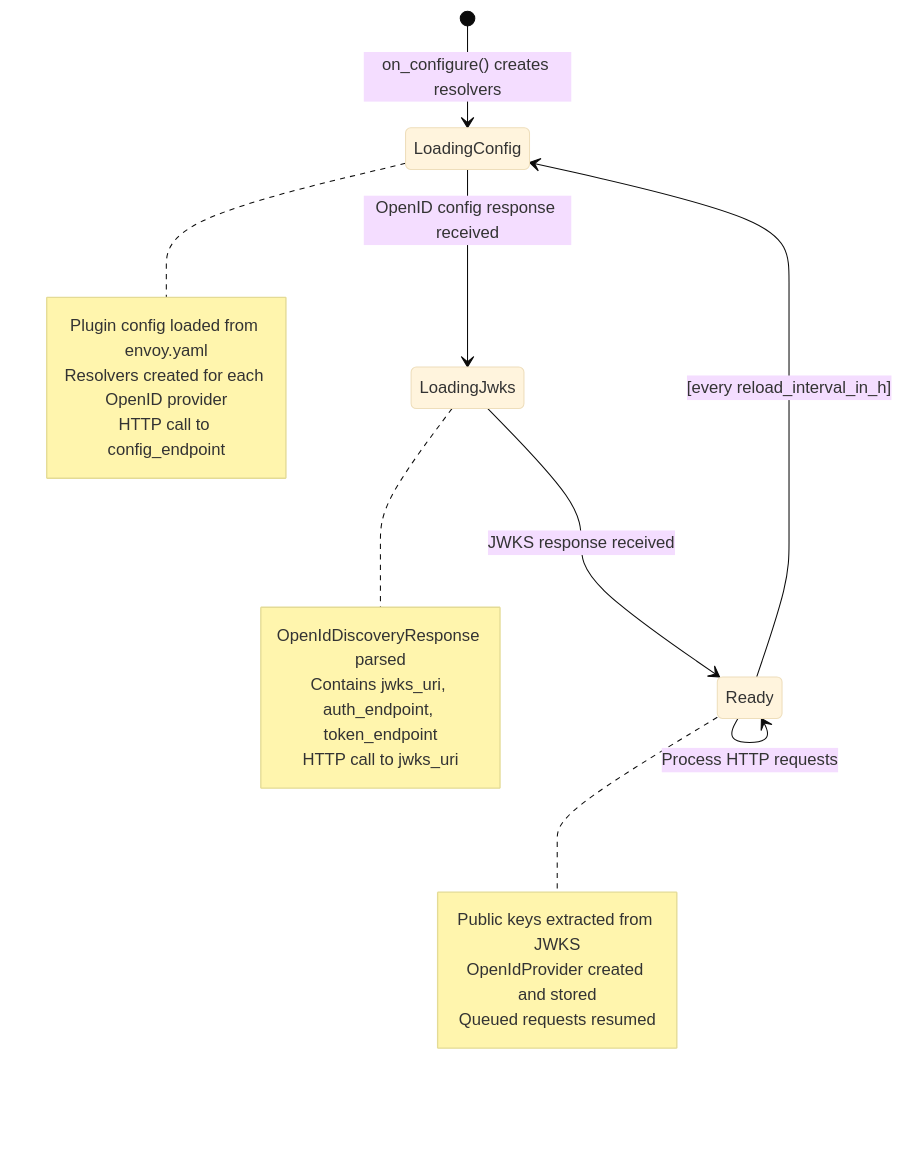
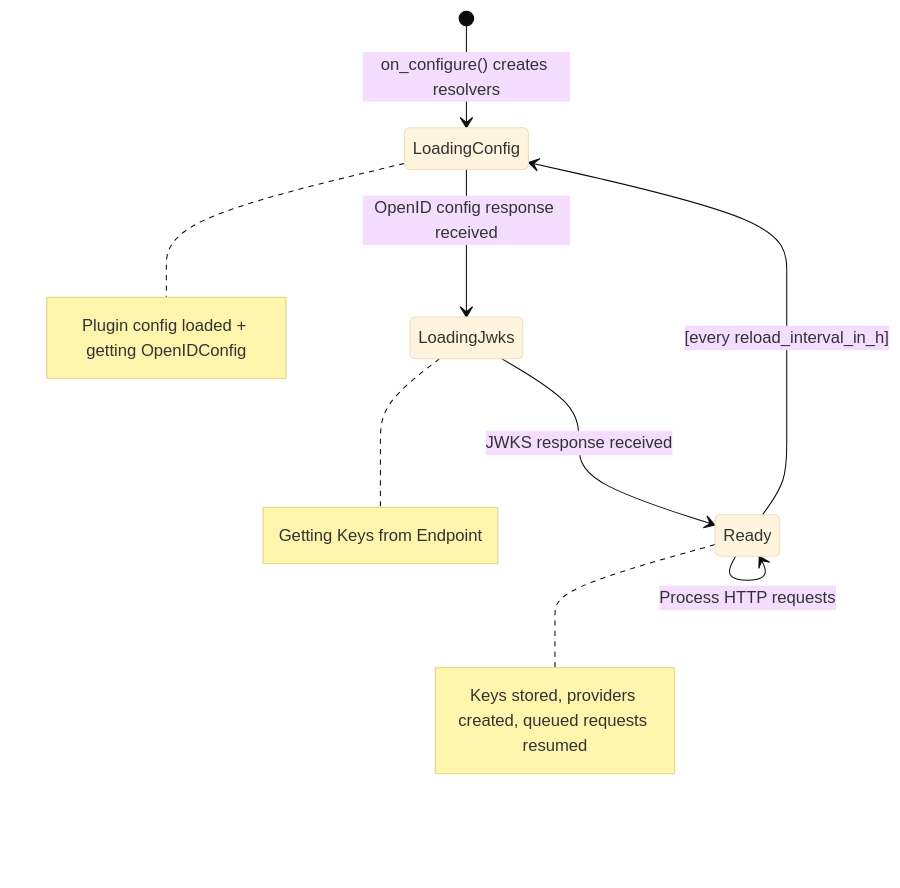
One commit to antonengelhardt/wasm-oidc-plugin changed the first of 2 diagrams in README.md. Above: the diagram before and after it, drawn with Mermaid (base theme).

Commit message:
docs: update README to clarify OpenID flow steps and notes

````diff
--- a/README.md
+++ b/README.md
@@ -146,29 +146,23 @@
 ```mermaid
 stateDiagram-v2
     [*] --> LoadingConfig: on_configure() creates resolvers
 
     note right of LoadingConfig
-        Plugin config loaded from envoy.yaml
-        Resolvers created for each OpenID provider
-        HTTP call to config_endpoint
+        Plugin config loaded + getting OpenIDConfig
     end note
 
     LoadingConfig --> LoadingJwks: OpenID config response received
 
     note right of LoadingJwks
-        OpenIdDiscoveryResponse parsed
-        Contains jwks_uri, auth_endpoint, token_endpoint
-        HTTP call to jwks_uri
+        Getting Keys from Endpoint
     end note
 
     LoadingJwks --> Ready: JWKS response received
 
     note right of Ready
-        Public keys extracted from JWKS
-        OpenIdProvider created and stored
-        Queued requests resumed
+        Keys stored, providers created, queued requests resumed
     end note
 
     Ready --> LoadingConfig: [every reload_interval_in_h]
     Ready --> Ready: Process HTTP requests
 ```
````
